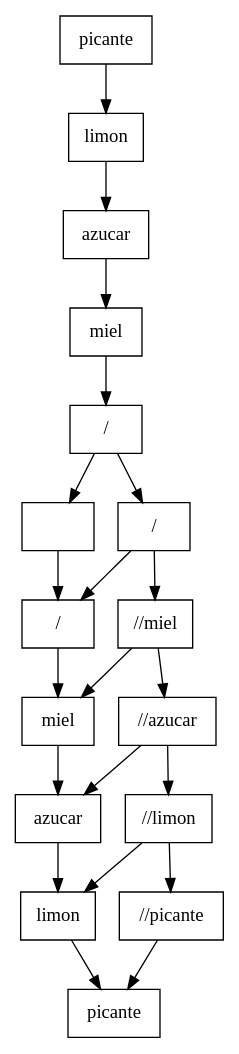
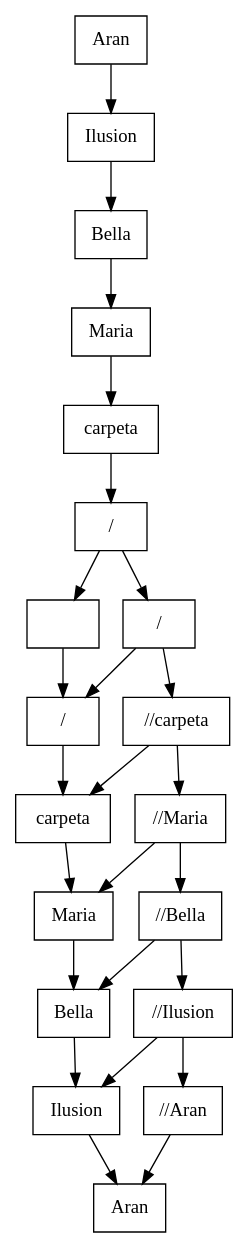
The diagram in Matriz.dot (Aranmarh/EDD_2S2019_PY2_201408507), drawn with Graphviz before and after one commit. The commit also changed 17 other files, not shown here.

```diff
--- a/Matriz.dot
+++ b/Matriz.dot
@@ -1,39 +1,46 @@
 digraph G{
 node [shape= record] 
 00[label=" " pos="0,0!"];
 00->10
 10[label="/ " pos="3,0!"];
 10->20
-20[label="miel " pos="6,0!"];
+20[label="carpeta " pos="6,0!"];
 20->30
-30[label="azucar " pos="9,0!"];
+30[label="Maria " pos="9,0!"];
 30->40
-40[label="limon " pos="12,0!"];
+40[label="Bella " pos="12,0!"];
 40->50
-50[label="picante " pos="15,0!"];
+50[label="Ilusion " pos="15,0!"];
+50->60
+60[label="Aran " pos="18,0!"];
 01[label="/ " pos="0,-1!"];
 01->00
 01->11
 11[label="/ " pos="3,-1!"];
 11->10
 11->21
-21[label="//miel " pos="6,-1!"];
+21[label="//carpeta " pos="6,-1!"];
 21->20
 21->31
-31[label="//azucar " pos="9,-1!"];
+31[label="//Maria " pos="9,-1!"];
 31->30
 31->41
-41[label="//limon " pos="12,-1!"];
+41[label="//Bella " pos="12,-1!"];
 41->40
 41->51
-51[label="//picante " pos="15,-1!"];
+51[label="//Ilusion " pos="15,-1!"];
 51->50
-02[label="miel " pos="0,-2!"];
+51->61
+61[label="//Aran " pos="18,-1!"];
+61->60
+02[label="carpeta " pos="0,-2!"];
 02->01
-03[label="azucar " pos="0,-3!"];
+03[label="Maria " pos="0,-3!"];
 03->02
-04[label="limon " pos="0,-4!"];
+04[label="Bella " pos="0,-4!"];
 04->03
-05[label="picante " pos="0,-5!"];
+05[label="Ilusion " pos="0,-5!"];
 05->04
+06[label="Aran " pos="0,-6!"];
+06->05
 }
```
